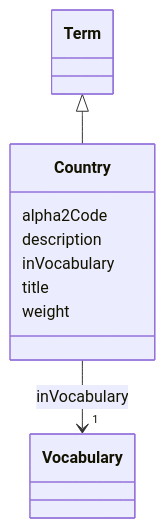
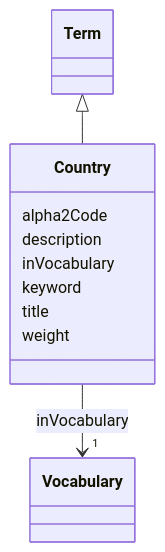
The diagram in models/docs/Country.md (EVORA-project/evora-ontology), drawn with Mermaid before and after one commit. The commit also changed other lines of this file and 402 other files, not shown here.

````diff
--- a/models/docs/Country.md
+++ b/models/docs/Country.md
@@ -19,26 +19,28 @@
 ```mermaid
  classDiagram
     class Country
     click Country href "../Country"
       Term <|-- Country
         click Term href "../Term"
       
       Country : alpha2Code
         
       Country : description
         
       Country : inVocabulary
         
           
     
     
     Country --> "1" Vocabulary : inVocabulary
     click Vocabulary href "../Vocabulary"
 
         
+      Country : keyword
+        
       Country : title
         
       Country : weight
         
       
 ```
````
